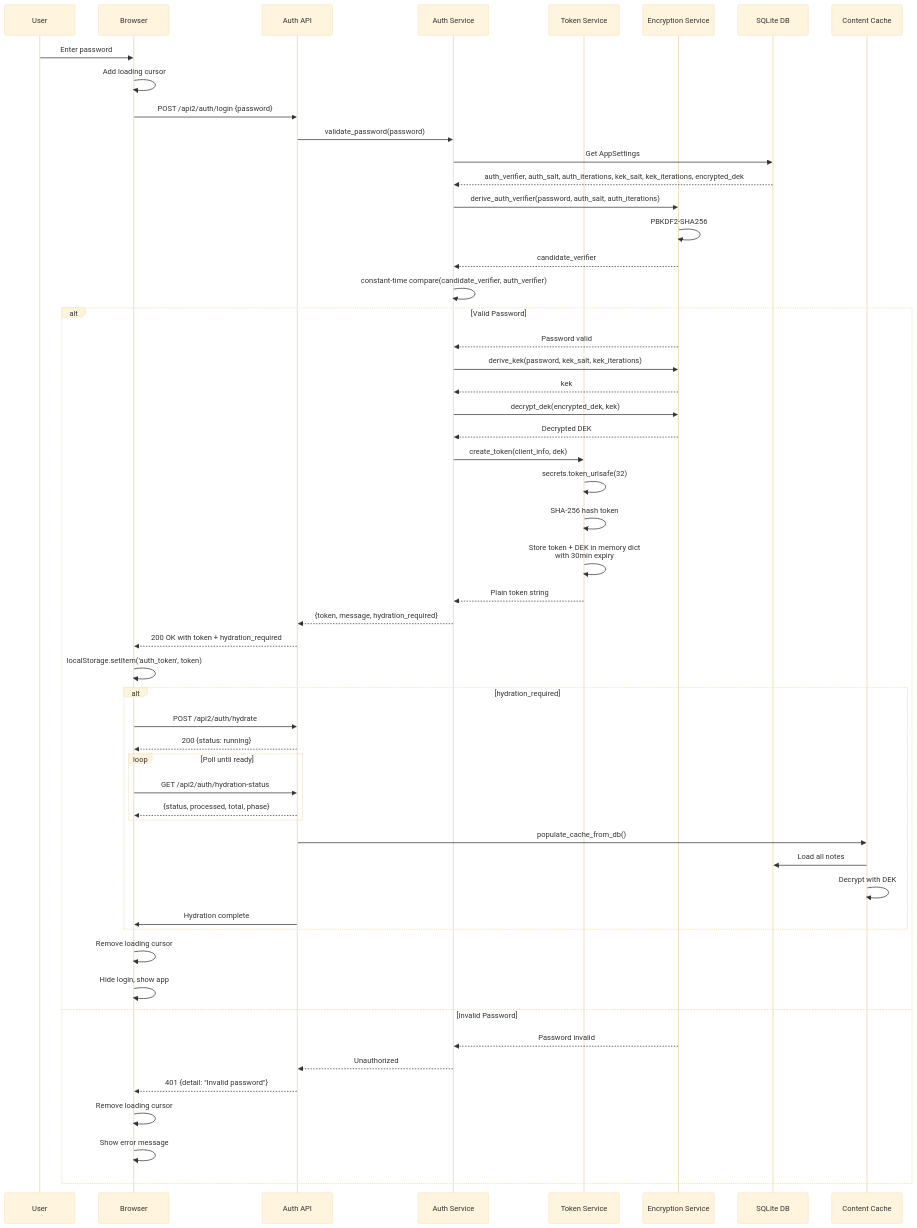
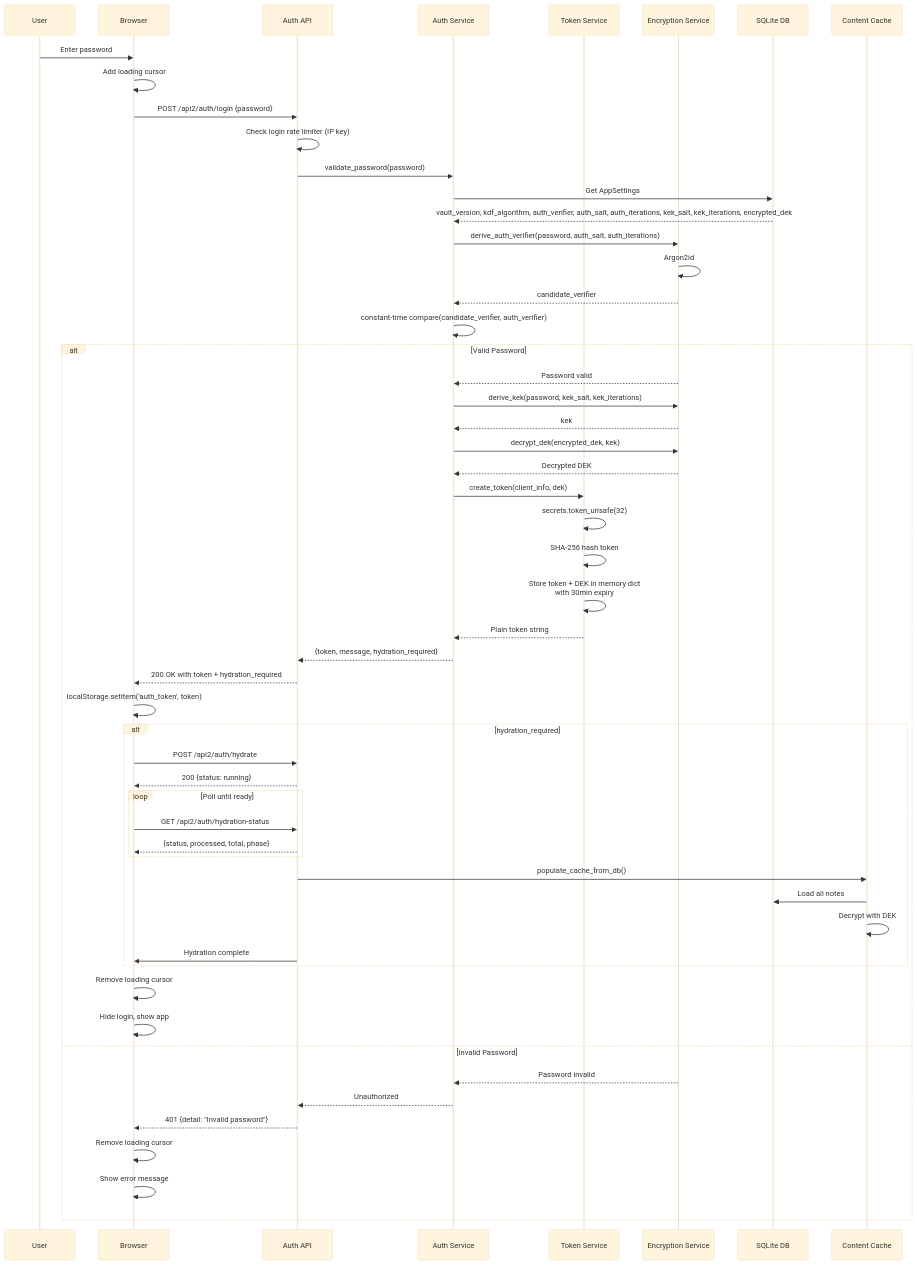
One commit to evolvingstuff/metalist changed the diagram in docs/diagrams/auth-flow.md. Above: the diagram before and after it, drawn with Mermaid (base theme). The commit also changed 21 other files, not shown here.

Commit message:
Harden crypto with Argon2id vault metadata and runtime safeguards

````diff
--- a/docs/diagrams/auth-flow.md
+++ b/docs/diagrams/auth-flow.md
@@ -5,63 +5,64 @@
 ```mermaid
 sequenceDiagram
     participant U as User
     participant Browser as Browser
     participant API as Auth API
     participant AuthSvc as Auth Service
     participant TokenSvc as Token Service
     participant Enc as Encryption Service
     participant DB as SQLite DB
     participant Cache as Content Cache
     
     U->>Browser: Enter password
     Browser->>Browser: Add loading cursor
     Browser->>API: POST /api2/auth/login {password}
+    API->>API: Check login rate limiter (IP key)
     
     API->>AuthSvc: validate_password(password)
     AuthSvc->>DB: Get AppSettings
-    DB-->>AuthSvc: auth_verifier, auth_salt, auth_iterations, kek_salt, kek_iterations, encrypted_dek
+    DB-->>AuthSvc: vault_version, kdf_algorithm, auth_verifier, auth_salt, auth_iterations, kek_salt, kek_iterations, encrypted_dek
     
     AuthSvc->>Enc: derive_auth_verifier(password, auth_salt, auth_iterations)
-    Enc->>Enc: PBKDF2-SHA256
+    Enc->>Enc: Argon2id
     Enc-->>AuthSvc: candidate_verifier
     
     AuthSvc->>AuthSvc: constant-time compare(candidate_verifier, auth_verifier)
     
     alt Valid Password
         Enc-->>AuthSvc: Password valid
         AuthSvc->>Enc: derive_kek(password, kek_salt, kek_iterations)
         Enc-->>AuthSvc: kek
         AuthSvc->>Enc: decrypt_dek(encrypted_dek, kek)
         Enc-->>AuthSvc: Decrypted DEK
         
         AuthSvc->>TokenSvc: create_token(client_info, dek)
         TokenSvc->>TokenSvc: secrets.token_urlsafe(32)
         TokenSvc->>TokenSvc: SHA-256 hash token
         TokenSvc->>TokenSvc: Store token + DEK in memory dict<br/>with 30min expiry
         TokenSvc-->>AuthSvc: Plain token string
         
         AuthSvc-->>API: {token, message, hydration_required}
         API-->>Browser: 200 OK with token + hydration_required
         Browser->>Browser: localStorage.setItem('auth_token', token)
         alt hydration_required
             Browser->>API: POST /api2/auth/hydrate
             API-->>Browser: 200 {status: running}
             loop Poll until ready
                 Browser->>API: GET /api2/auth/hydration-status
                 API-->>Browser: {status, processed, total, phase}
             end
             API->>Cache: populate_cache_from_db()
             Cache->>DB: Load all notes
             Cache->>Cache: Decrypt with DEK
             API->>Browser: Hydration complete
         end
         Browser->>Browser: Remove loading cursor
         Browser->>Browser: Hide login, show app
     else Invalid Password
         Enc-->>AuthSvc: Password invalid
         AuthSvc-->>API: Unauthorized
         API-->>Browser: 401 {detail: "Invalid password"}
         Browser->>Browser: Remove loading cursor
         Browser->>Browser: Show error message
     end
 ```
````
